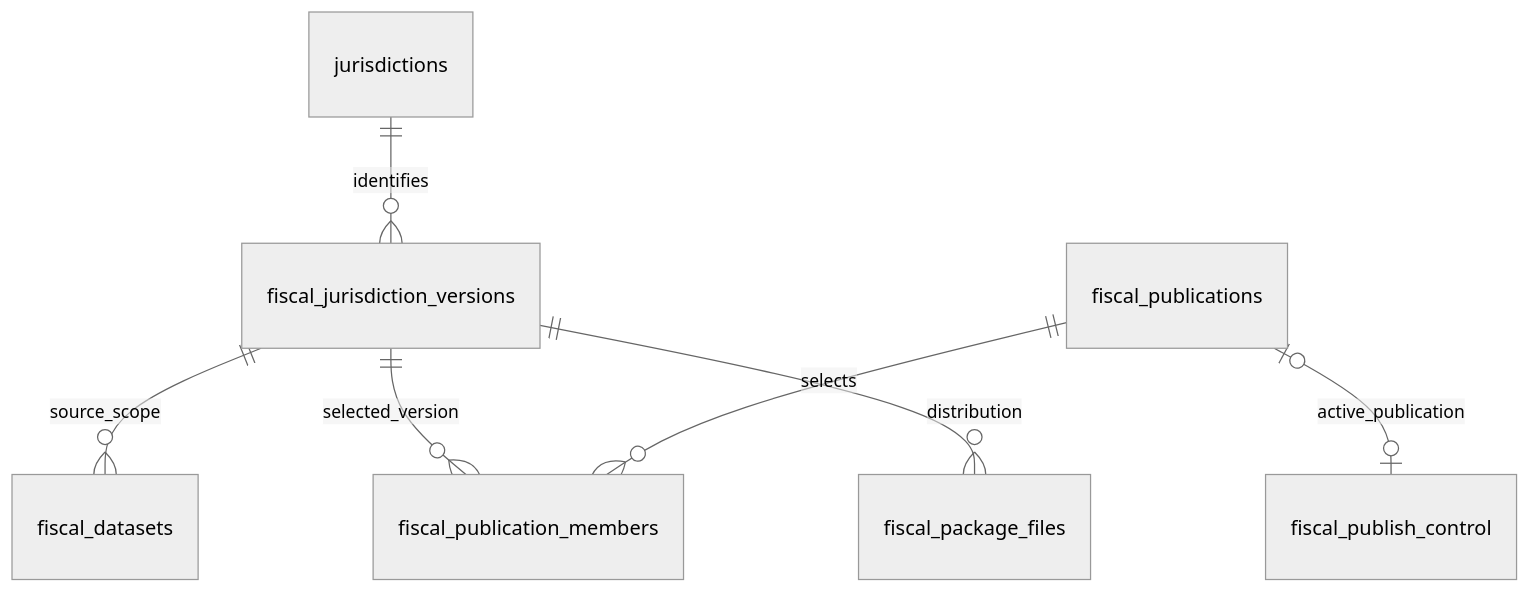
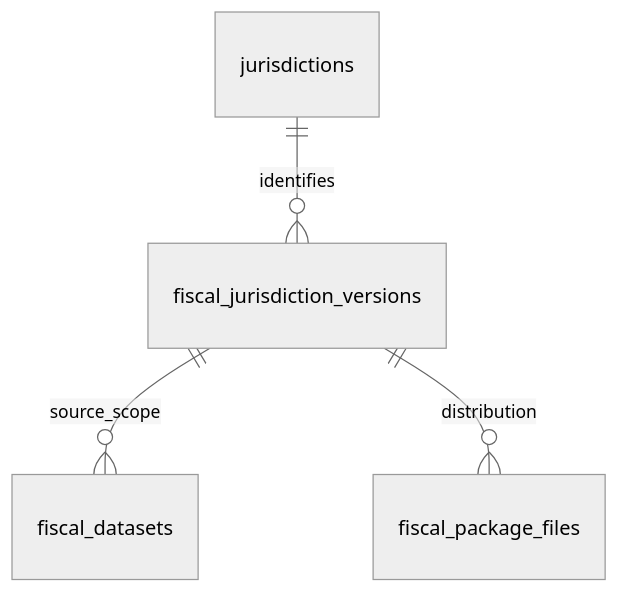
Before and after one commit to wwwyo/fudoki: the second of 2 diagrams in docs/design-doc-jurisdiction-versions.md, drawn with Mermaid (neutral theme). The commit also changed other lines of this file and 224 other files, not shown here.

````diff
--- a/docs/design-doc-jurisdiction-versions.md
+++ b/docs/design-doc-jurisdiction-versions.md
@@ -47,9 +45,6 @@
 ```mermaid
 erDiagram
     jurisdictions ||--o{ fiscal_jurisdiction_versions : identifies
-    fiscal_publications ||--o{ fiscal_publication_members : selects
-    fiscal_jurisdiction_versions ||--o{ fiscal_publication_members : selected_version
-    fiscal_publications o|--o| fiscal_publish_control : active_publication
     fiscal_jurisdiction_versions ||--o{ fiscal_datasets : source_scope
     fiscal_jurisdiction_versions ||--o{ fiscal_package_files : distribution
 ```
````
